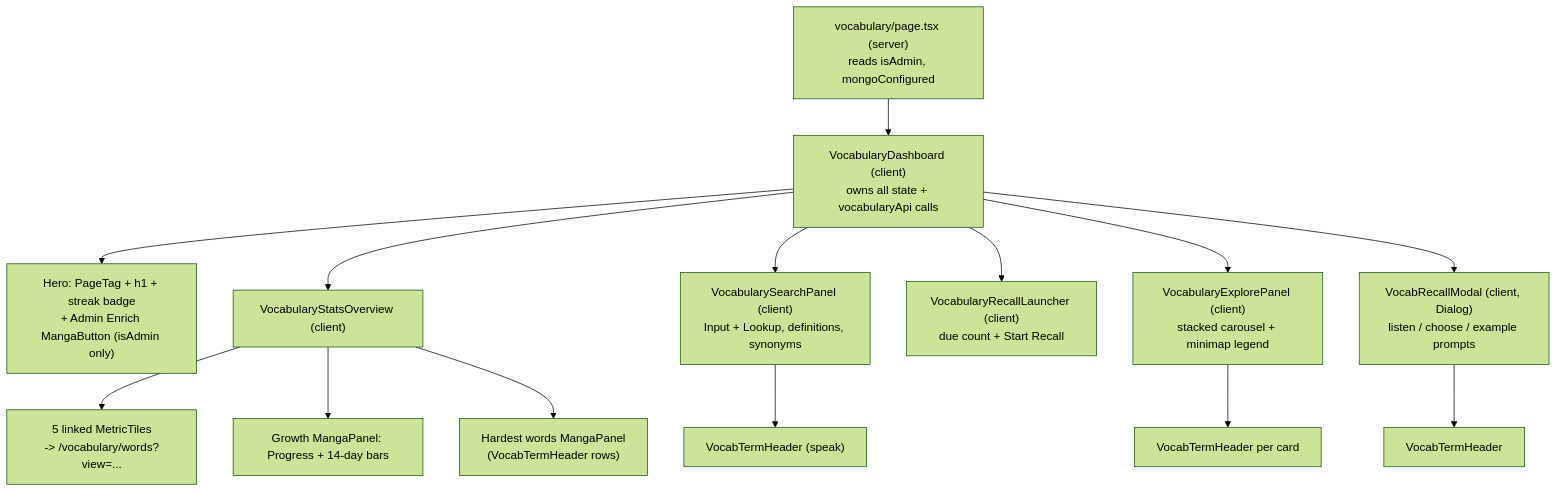
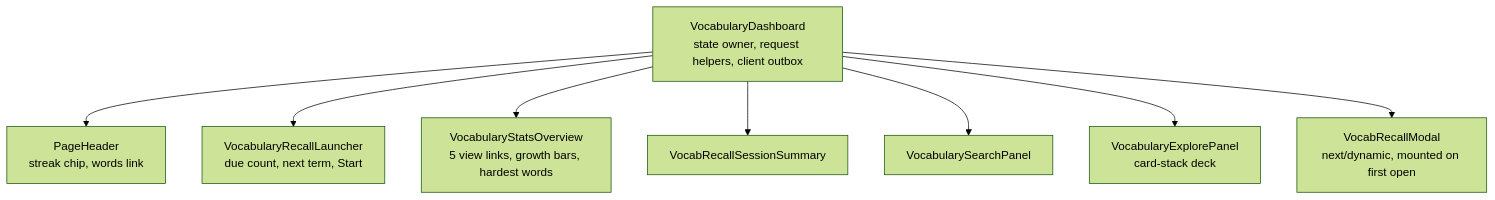
The third of 4 diagrams in docs/06-frontend.md (NaKMiers/English_For_Only_Me), drawn with Mermaid (forest theme) before and after one commit. The commit also changed other lines of this file and 12 other files, not shown here.

````diff
--- a/docs/06-frontend.md
+++ b/docs/06-frontend.md
@@ -432,17 +392,11 @@
 ```mermaid
 graph TD
-  Page["vocabulary/page.tsx (server)<br/>reads isAdmin, mongoConfigured"]
-  Page --> Dash["VocabularyDashboard (client)<br/>owns all state + vocabularyApi calls"]
-  Dash --> Hero["Hero: PageTag + h1 + streak badge<br/>+ Admin Enrich MangaButton (isAdmin only)"]
-  Dash --> Stats["VocabularyStatsOverview (client)"]
-  Stats --> Tiles["5 linked MetricTiles<br/>-> /vocabulary/words?view=..."]
-  Stats --> Growth["Growth MangaPanel: Progress + 14-day bars"]
-  Stats --> Hard["Hardest words MangaPanel<br/>(VocabTermHeader rows)"]
-  Dash --> Search["VocabularySearchPanel (client)<br/>Input + Lookup, definitions, synonyms"]
-  Search --> STerm["VocabTermHeader (speak)"]
-  Dash --> Launcher["VocabularyRecallLauncher (client)<br/>due count + Start Recall"]
-  Dash --> Explore["VocabularyExplorePanel (client)<br/>stacked carousel + minimap legend"]
-  Explore --> ETerm["VocabTermHeader per card"]
-  Dash --> Modal["VocabRecallModal (client, Dialog)<br/>listen / choose / example prompts"]
-  Modal --> MTerm["VocabTermHeader"]
+  Dash["VocabularyDashboard<br/>state owner, request helpers, client outbox"]
+  Dash --> Head["PageHeader<br/>streak chip, words link"]
+  Dash --> Launcher["VocabularyRecallLauncher<br/>due count, next term, Start"]
+  Dash --> Stats["VocabularyStatsOverview<br/>5 view links, growth bars, hardest words"]
+  Dash --> Summary["VocabRecallSessionSummary"]
+  Dash --> Search["VocabularySearchPanel"]
+  Dash --> Explore["VocabularyExplorePanel<br/>card-stack deck"]
+  Dash --> Modal["VocabRecallModal<br/>next/dynamic, mounted on first open"]
 ```
````
